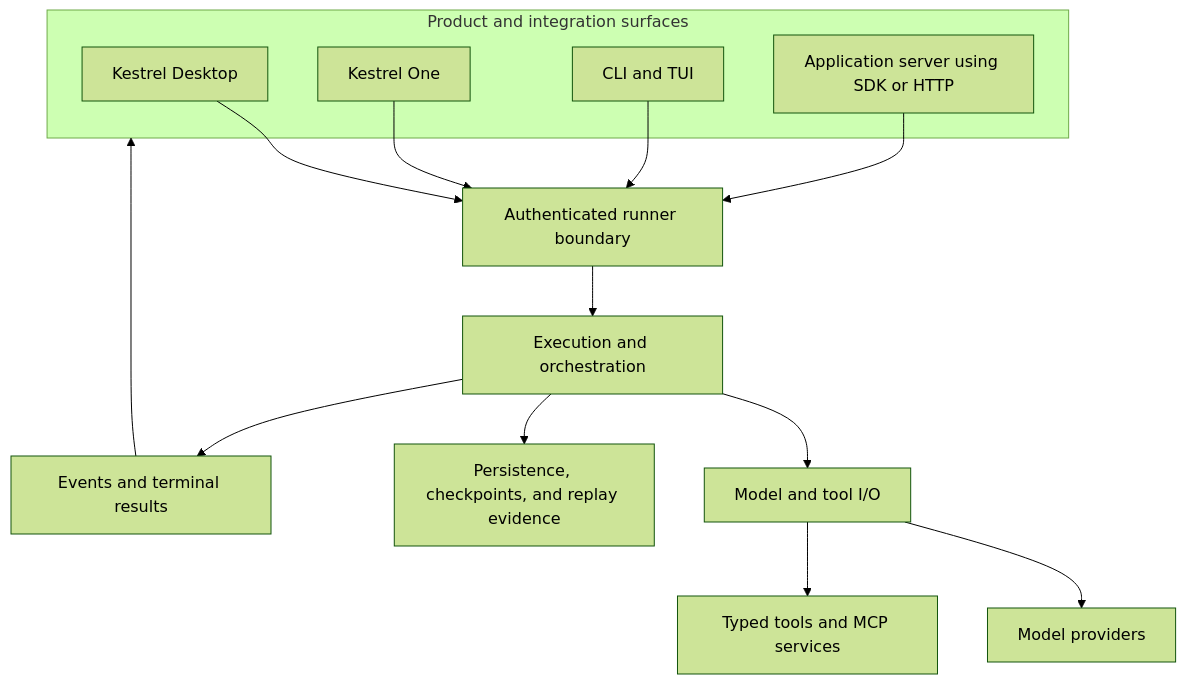
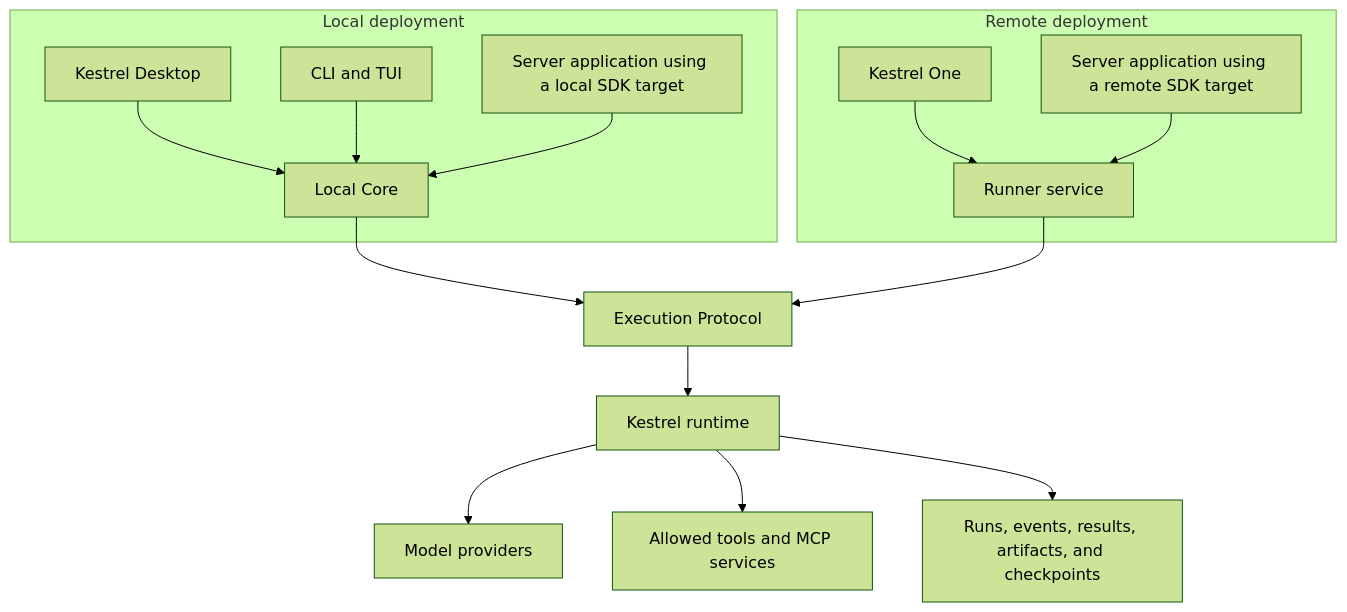
Before and after one commit to LumiCorp/kestrel: the diagram in ARCHITECTURE.md, drawn with Mermaid (forest theme). The commit also changed other lines of this file and 85 other files, not shown here.

````diff
--- a/ARCHITECTURE.md
+++ b/ARCHITECTURE.md
@@ -26,22 +31,27 @@
 ```mermaid
 flowchart TB
-    subgraph Products["Product and integration surfaces"]
+    subgraph Local["Local deployment"]
       D["Kestrel Desktop"]
-      O["Kestrel One"]
       C["CLI and TUI"]
-      A["Application server using SDK or HTTP"]
+      LA["Server application using a local SDK target"]
+      LC["Local Core"]
+      D --> LC
+      C --> LC
+      LA --> LC
     end
 
-    D --> B["Authenticated runner boundary"]
-    O --> B
-    C --> B
-    A --> B
+    subgraph Remote["Remote deployment"]
+      O["Kestrel One"]
+      RA["Server application using a remote SDK target"]
+      RS["Runner service"]
+      O --> RS
+      RA --> RS
+    end
 
-    B --> X["Execution and orchestration"]
-    X --> I["Model and tool I/O"]
-    X --> P["Persistence, checkpoints, and replay evidence"]
-    I --> M["Model providers"]
-    I --> T["Typed tools and MCP services"]
-    X --> R["Events and terminal results"]
-    R --> Products
+    LC --> P["Execution Protocol"]
+    RS --> P
+    P --> R["Kestrel runtime"]
+    R --> M["Model providers"]
+    R --> T["Allowed tools and MCP services"]
+    R --> E["Runs, events, results, artifacts, and checkpoints"]
 ```
````
